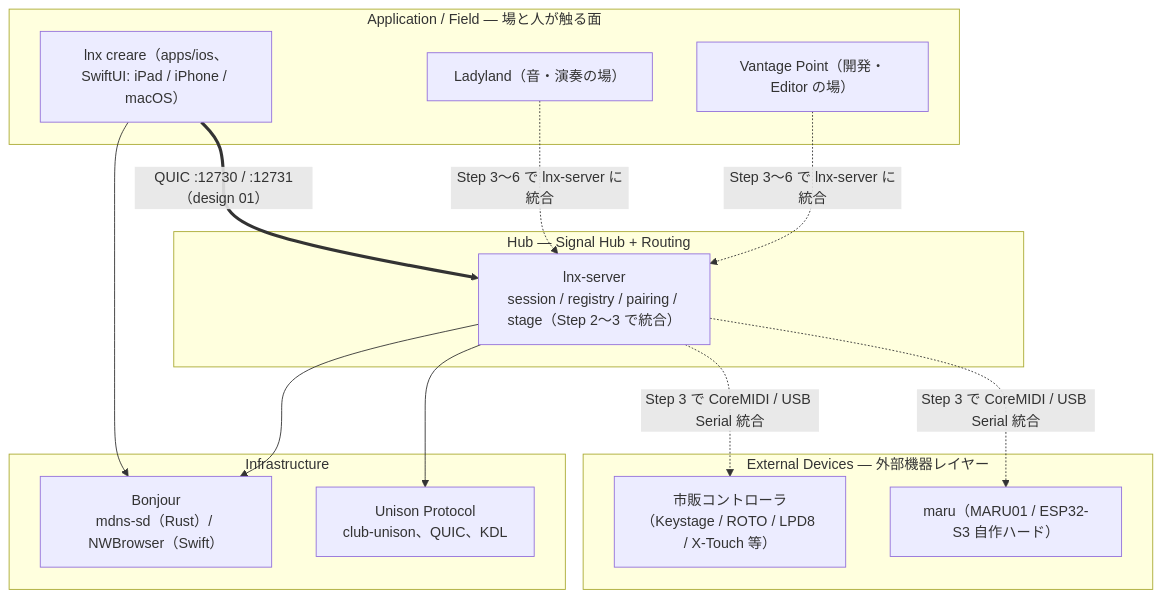
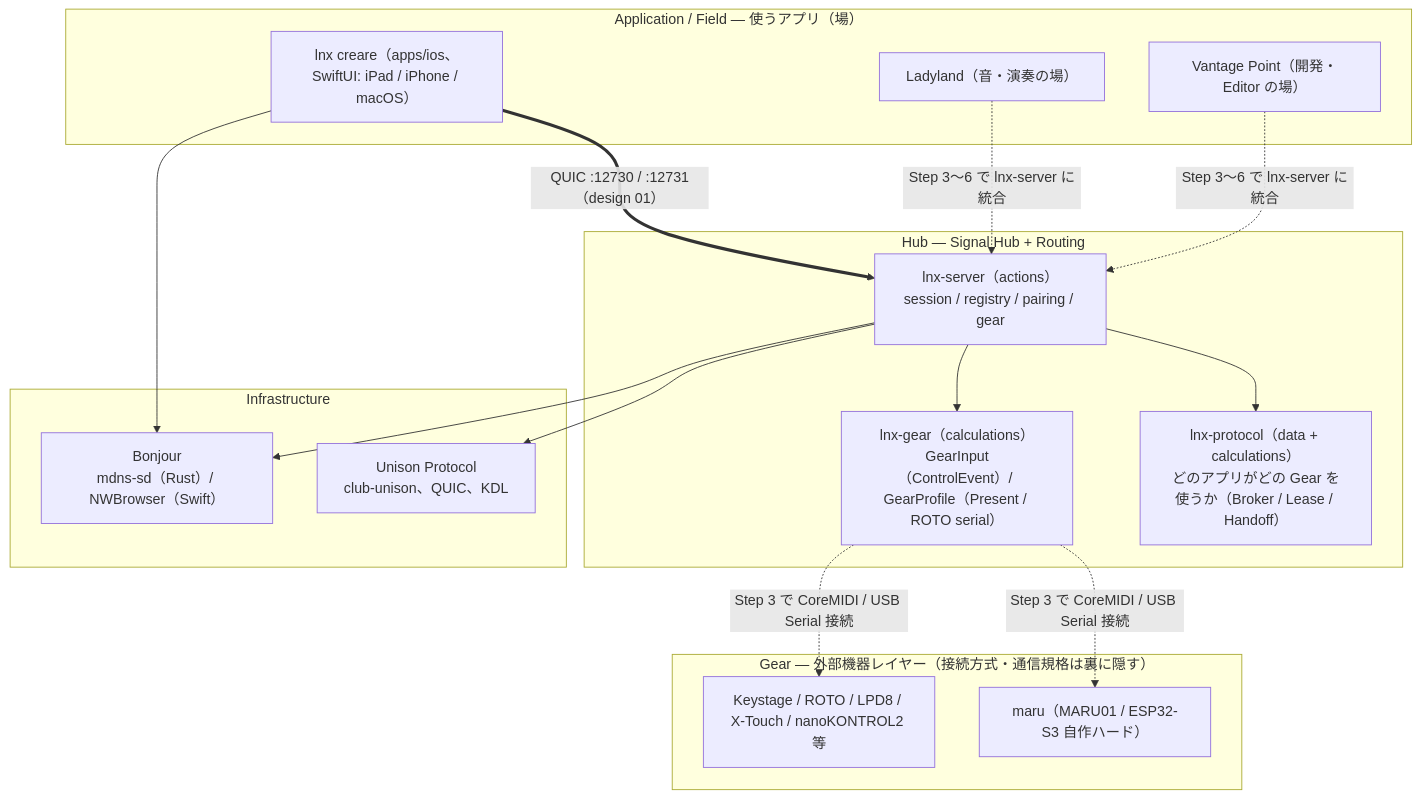
The diagram in docs/design/02-architecture.md (chronista-club/lnx), drawn with Mermaid before and after one commit. The commit also changed other lines of this file and 11 other files, not shown here.

Commit message:
feat: Gear を中心語彙にした純粋層（lnx-protocol / lnx-gear、maru 込み）を導入する

````diff
--- a/docs/design/02-architecture.md
+++ b/docs/design/02-architecture.md
@@ -26,27 +28,31 @@
 ```mermaid
 graph TB
-    subgraph Apps["Application / Field — 場と人が触る面"]
+    subgraph Apps["Application / Field — 使うアプリ（場）"]
         Creare["lnx creare（apps/ios、SwiftUI: iPad / iPhone / macOS）"]
         LL["Ladyland（音・演奏の場）"]
         VP["Vantage Point（開発・Editor の場）"]
     end
     subgraph Hub["Hub — Signal Hub + Routing"]
-        Server["lnx-server<br/>session / registry / pairing / stage（Step 2〜3 で統合）"]
+        Server["lnx-server（actions）<br/>session / registry / pairing / gear"]
+        Proto["lnx-protocol（data + calculations）<br/>どのアプリがどの Gear を使うか（Broker / Lease / Handoff）"]
+        GearCalc["lnx-gear（calculations）<br/>GearInput（ControlEvent）/ GearProfile（Present / ROTO serial）"]
+        Server --> Proto
+        Server --> GearCalc
     end
-    subgraph Devices["External Devices — 外部機器レイヤー"]
+    subgraph Gears["Gear — 外部機器レイヤー（接続方式・通信規格は裏に隠す）"]
         Maru["maru（MARU01 / ESP32-S3 自作ハード）"]
-        MIDI["市販コントローラ（Keystage / ROTO / LPD8 / X-Touch 等）"]
+        MIDI["Keystage / ROTO / LPD8 / X-Touch / nanoKONTROL2 等"]
     end
     subgraph Infra["Infrastructure"]
         Unison["Unison Protocol<br/>club-unison、QUIC、KDL"]
         Bonjour["Bonjour<br/>mdns-sd（Rust）/ NWBrowser（Swift）"]
     end
     Creare ==>|"QUIC :12730 / :12731（design 01）"| Server
     LL -.->|"Step 3〜6 で lnx-server に統合"| Server
     VP -.->|"Step 3〜6 で lnx-server に統合"| Server
-    Server -.->|"Step 3 で CoreMIDI / USB Serial 統合"| Maru
-    Server -.->|"Step 3 で CoreMIDI / USB Serial 統合"| MIDI
+    GearCalc -.->|"Step 3 で CoreMIDI / USB Serial 接続"| Maru
+    GearCalc -.->|"Step 3 で CoreMIDI / USB Serial 接続"| MIDI
     Server --> Unison
     Server --> Bonjour
     Creare --> Bonjour
 ```
````
